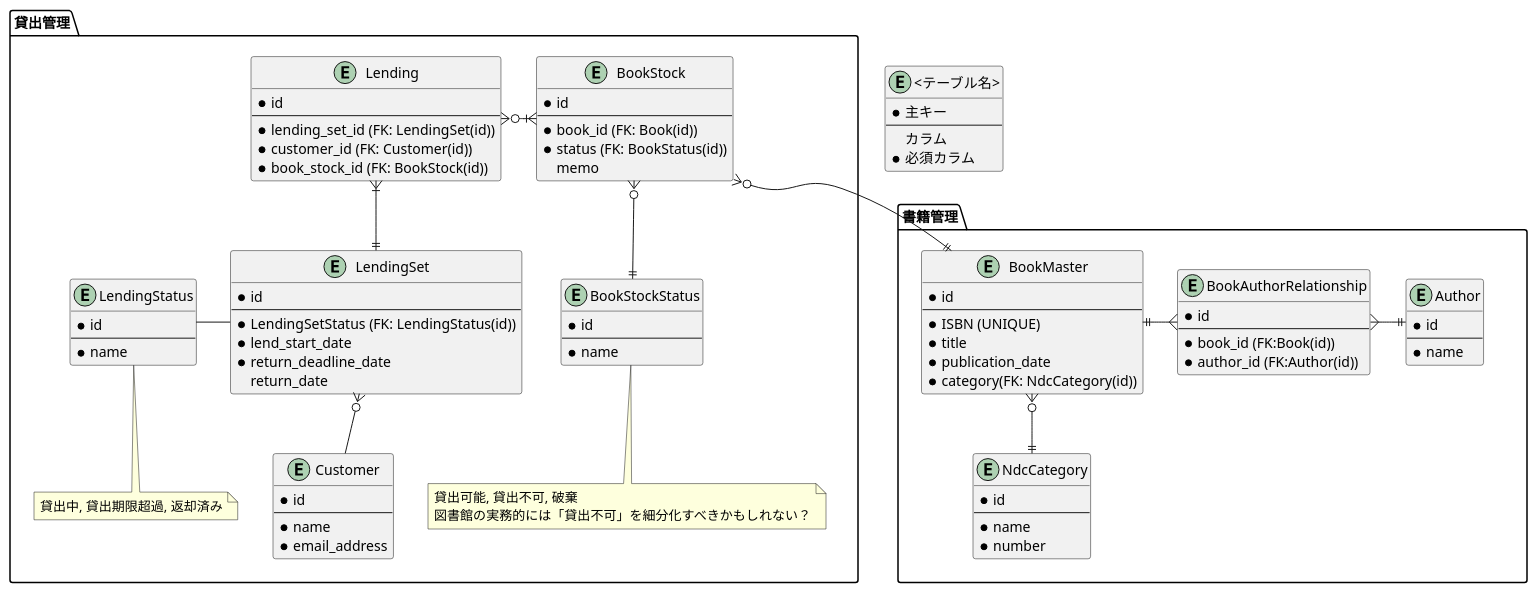
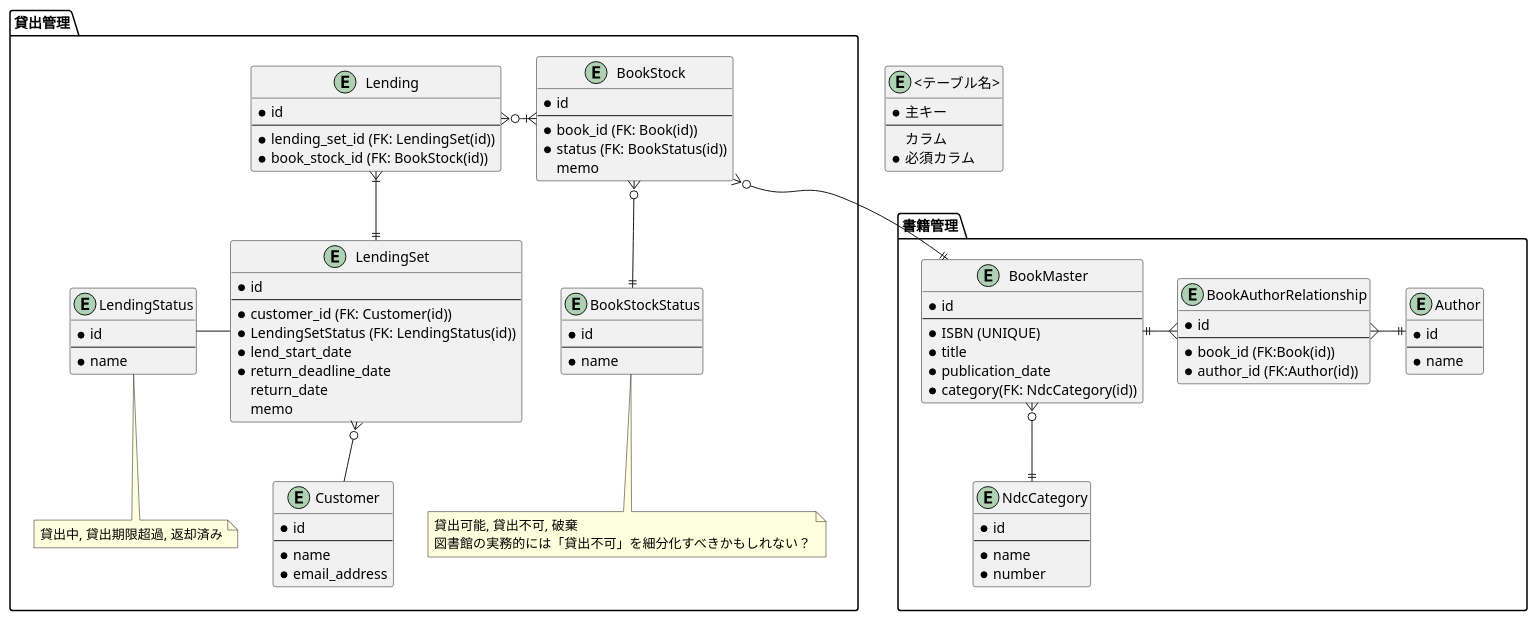
One commit to mikoto2000/LibrarySystem changed the diagram in doc/diagram/ER.puml. Above: the diagram before and after it, drawn with PlantUML. The commit also changed 1 other file, not shown here.

Commit message:
ER 図を修正。
customer_id を持つ場所が間違っていたので修正。
(Lending -> LendingSet へ移動)

```diff
--- a/doc/diagram/ER.puml
+++ b/doc/diagram/ER.puml
@@ -1,109 +1,110 @@
 @startuml
 
 package "貸出管理" {
 
   entity BookStock {
     * id
     --
     * book_id (FK: Book(id))
     * status (FK: BookStatus(id))
     memo
   }
 
   entity BookStockStatus {
     * id
     --
     * name
   }
 
   note bottom: 貸出可能, 貸出不可, 破棄\n図書館の実務的には「貸出不可」を細分化すべきかもしれない？
 
   entity Customer {
     * id
     --
     * name
     * email_address
   }
 
   entity Lending {
     * id
     --
     * lending_set_id (FK: LendingSet(id))
-    * customer_id (FK: Customer(id))
     * book_stock_id (FK: BookStock(id))
   }
 
   entity LendingSet {
     * id
     --
+    * customer_id (FK: Customer(id))
     * LendingSetStatus (FK: LendingStatus(id))
     * lend_start_date
     * return_deadline_date
-    return_date
+      return_date
+      memo
   }
 
   entity LendingStatus {
     * id
     --
     * name
   }
 
   note bottom: 貸出中, 貸出期限超過, 返却済み
 
 }
 
 package "書籍管理" {
 
   entity NdcCategory {
     * id
     --
     * name
     * number
   }
 
   entity BookMaster {
     * id
     --
     * ISBN (UNIQUE)
     * title
     * publication_date
     * category(FK: NdcCategory(id))
   }
 
   entity Author {
     * id
     --
     * name
   }
 
   entity BookAuthorRelationship {
     * id
     --
     * book_id (FK:Book(id))
     * author_id (FK:Author(id))
   }
 
 }
 
 BookMaster ||-{ BookAuthorRelationship
 BookMaster }o--|| NdcCategory
 BookAuthorRelationship }-|| Author
 
 BookStock }o-|| BookMaster
 Lending }o-|{ BookStock
 LendingSet }o-- Customer
 
 BookStock }o--|| BookStockStatus
 Lending }|--|| LendingSet
 LendingStatus - LendingSet
 
 "貸出管理" -[hidden]- "書籍管理"
 
 entity "<テーブル名>" {
   * 主キー
   --
   カラム
   * 必須カラム
 }
 
 @enduml
```
